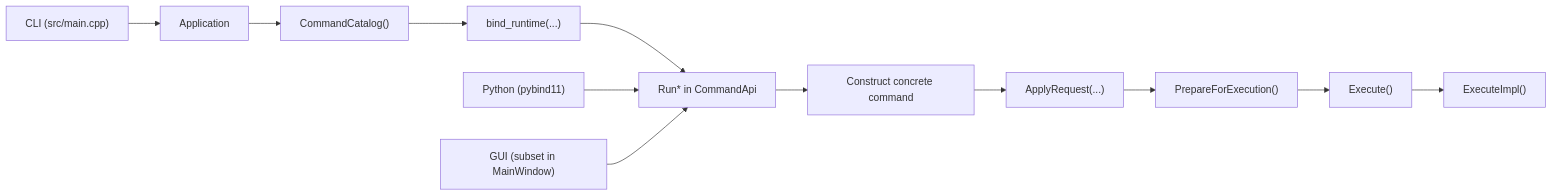
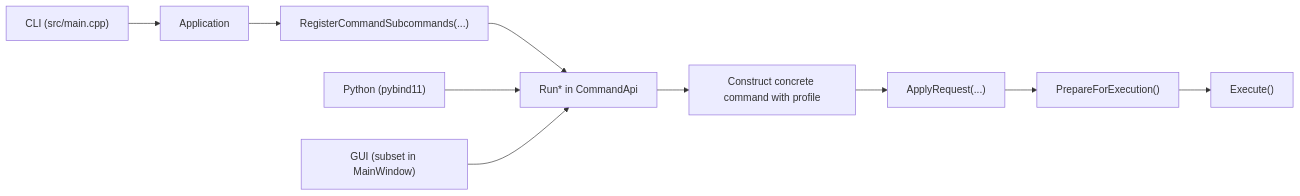
One commit to yslianTim/rhbm_gem changed the diagram in docs/developer/architecture/command-architecture.md. Above: the diagram before and after it, drawn with Mermaid. The commit also changed other lines of this file and 75 other files, not shown here.

````diff
--- a/docs/developer/architecture/command-architecture.md
+++ b/docs/developer/architecture/command-architecture.md
@@ -54,16 +44,14 @@
 ```mermaid
 flowchart LR
     A["CLI (src/main.cpp)"] --> B["Application"]
-    B --> C["CommandCatalog()"]
-    C --> D["bind_runtime(...)"]
-    D --> E["Run* in CommandApi"]
+    B --> C["RegisterCommandSubcommands(...)"]
+    C --> D["Run* in CommandApi"]
 
-    F["Python (pybind11)"] --> E
-    G["GUI (subset in MainWindow)"] --> E
+    E["Python (pybind11)"] --> D
+    F["GUI (subset in MainWindow)"] --> D
 
-    E --> H["Construct concrete command"]
-    H --> I["ApplyRequest(...)"]
-    I --> J["PrepareForExecution()"]
-    J --> K["Execute()"]
-    K --> L["ExecuteImpl()"]
+    D --> G["Construct concrete command with profile"]
+    G --> H["ApplyRequest(...)"]
+    H --> I["PrepareForExecution()"]
+    I --> J["Execute()"]
 ```
````
